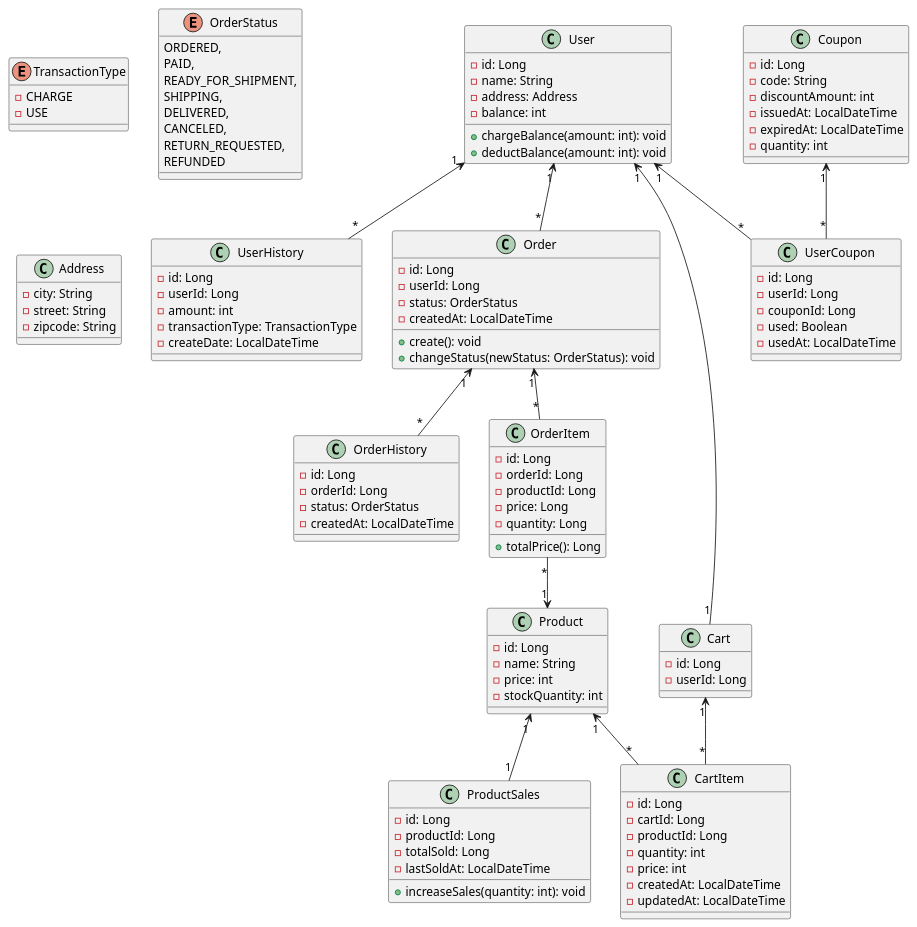
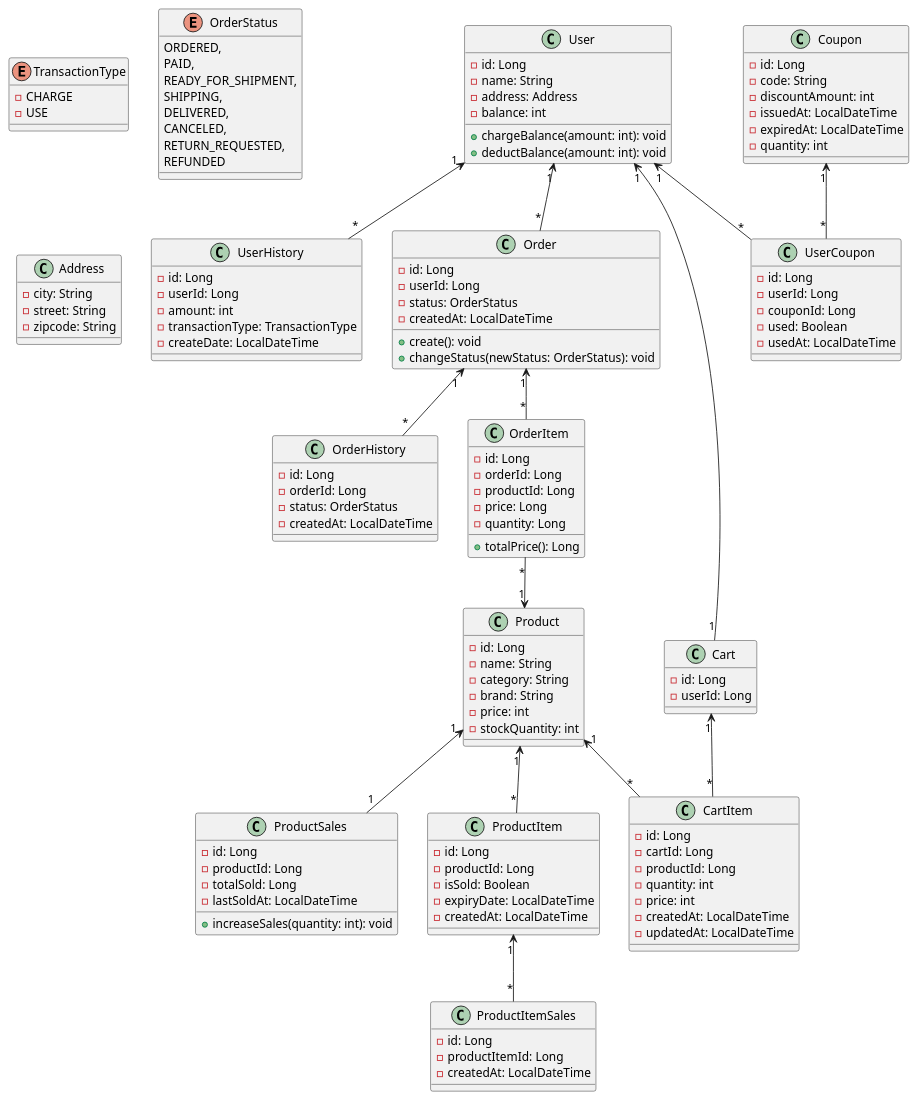
One commit to honge7694/hdd-server-java changed the diagram in docs/erd/erd.puml. Above: the diagram before and after it, drawn with PlantUML.

Commit message:
ERD 6차 커밋 - ProductItem : 개별 재고, 유통기한 관리 - ProductItemSales : 개별 판매량 조회

```diff
--- a/docs/erd/erd.puml
+++ b/docs/erd/erd.puml
@@ -1,131 +1,149 @@
 @startuml
 
 enum TransactionType {
     - CHARGE
     - USE
 }
 
 enum OrderStatus {
     ORDERED,
     PAID,
     READY_FOR_SHIPMENT,
     SHIPPING,
     DELIVERED,
     CANCELED,
     RETURN_REQUESTED,
     REFUNDED
 }
 
 class User {
     - id: Long
     - name: String
     - address: Address
     - balance: int
     + chargeBalance(amount: int): void
     + deductBalance(amount: int): void
 }
 
 class UserHistory {
     - id: Long
     - userId: Long
     - amount: int
     - transactionType: TransactionType
     - createDate: LocalDateTime
 }
 
 class Address {
     - city: String
     - street: String
     - zipcode: String
 }
 
 class Coupon {
     - id: Long
     - code: String
     - discountAmount: int
     - issuedAt: LocalDateTime
     - expiredAt: LocalDateTime
     - quantity: int
 }
 
 class UserCoupon {
     - id: Long
     - userId: Long
     - couponId: Long
     - used: Boolean
     - usedAt: LocalDateTime
 }
 
 class Order {
     - id: Long
     - userId: Long
     - status: OrderStatus
     - createdAt: LocalDateTime
     + create(): void
     + changeStatus(newStatus: OrderStatus): void
 }
 
 class OrderHistory {
     - id: Long
     - orderId: Long
     - status: OrderStatus
     - createdAt: LocalDateTime
 }
 
 class OrderItem {
     - id: Long
     - orderId: Long
     - productId: Long
     - price: Long
     - quantity: Long
     + totalPrice(): Long
 }
 
 class Product {
     - id: Long
     - name: String
+    - category: String
+    - brand: String
     - price: int
     - stockQuantity: int
-'    - totalSold: int
-'    + increaseSoldCount(quantity: int): void
 }
 
 ' 판매량을 조회를 위해 분리
 class ProductSales {
     - id: Long
     - productId: Long
     - totalSold: Long
     - lastSoldAt: LocalDateTime
     + increaseSales(quantity: int): void
+}
+
+' 개별 재고, 유통기한 관리
+class ProductItem {
+    - id: Long
+    - productId: Long
+    - isSold: Boolean
+    - expiryDate: LocalDateTime
+    - createdAt: LocalDateTime
+}
+
+' 개별 판매량 조회
+class ProductItemSales {
+    - id: Long
+    - productItemId: Long
+    - createdAt: LocalDateTime
 }
 
 class Cart {
     - id: Long
     - userId: Long
 }
 
 class CartItem {
     - id: Long
     - cartId: Long
     - productId: Long
     - quantity: int
     - price: int
     - createdAt: LocalDateTime
     - updatedAt: LocalDateTime
 }
 
 ' 관계 정의
 User "1" <-- "*" UserHistory
 User "1" <-- "*" UserCoupon
 Coupon "1" <-- "*" UserCoupon
 User "1" <-- "*" Order
 Order "1" <-- "*" OrderItem
 OrderItem "*" --> "1" Product
 Order "1" <-- "*" OrderHistory
 Product "1" <-- "1" ProductSales
+Product "1" <-- "*" ProductItem
+ProductItem "1" <-- "*" ProductItemSales
 User "1" <-- "1" Cart
 Cart "1" <-- "*" CartItem
 Product "1" <-- "*" CartItem
 
 
 @enduml
```
